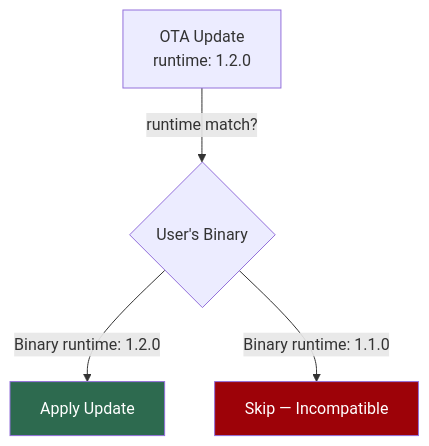
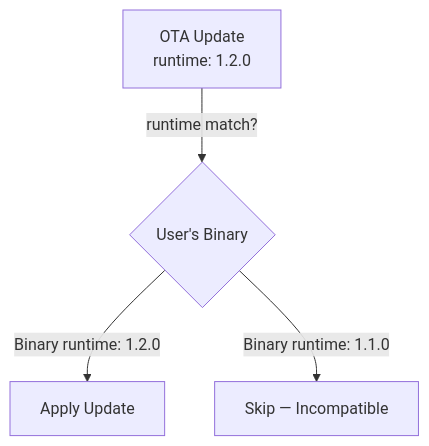
One commit to BabaScience/react-guides changed the sixth of 9 diagrams in arguments/chapters/rn-19-ota-updates.md. Above: the diagram before and after it, drawn with Mermaid. The commit also changed other lines of this file and 63 other files, not shown here.

First line of the commit message:
Enrich React Native roadmap with deeper content, visuals, and FR/IT translations

````diff
--- a/arguments/chapters/rn-19-ota-updates.md
+++ b/arguments/chapters/rn-19-ota-updates.md
@@ -280,9 +379,6 @@
 ```mermaid
 graph TD
     A[OTA Update<br/>runtime: 1.2.0] -->|runtime match?| B{User's Binary}
     B -->|Binary runtime: 1.2.0| C[Apply Update]
     B -->|Binary runtime: 1.1.0| D[Skip — Incompatible]
-
-    style C fill:#2d6a4f,color:#fff
-    style D fill:#9d0208,color:#fff
 ```
````
